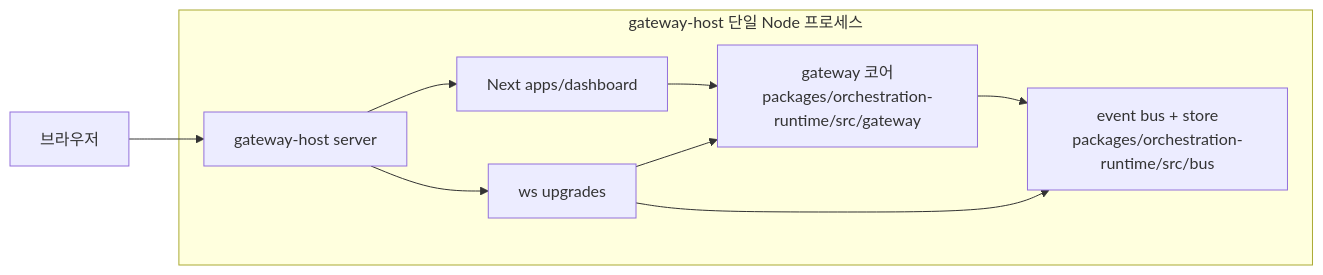
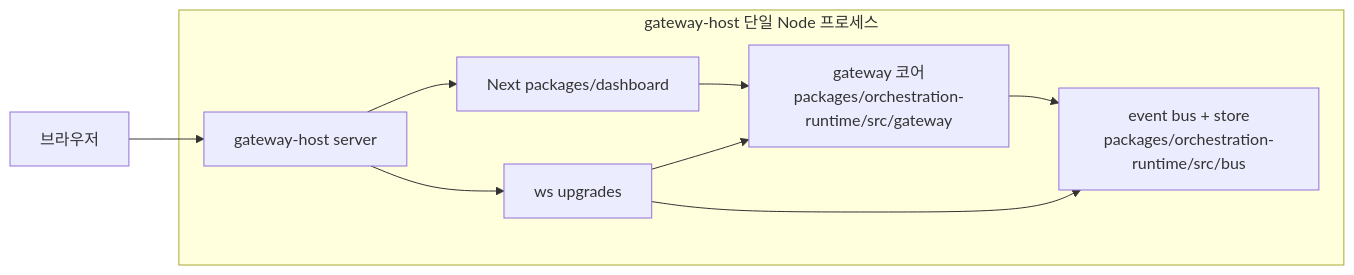
Before and after one commit to sdadaniel/orchestation: the diagram in docs/architecture/gateway-unified-architecture-plan.md, drawn with Mermaid. The commit also changed other lines of this file and 221 other files, not shown here.

````diff
--- a/docs/architecture/gateway-unified-architecture-plan.md
+++ b/docs/architecture/gateway-unified-architecture-plan.md
@@ -150,17 +150,17 @@
 ```mermaid
 flowchart LR
   subgraph process [gateway-host 단일 Node 프로세스]
     GH[gateway-host server]
-    Next[Next apps/dashboard]
+    Next[Next packages/dashboard]
     WS[ws upgrades]
     GW[gateway 코어<br/>packages/orchestration-runtime/src/gateway]
     Bus[event bus + store<br/>packages/orchestration-runtime/src/bus]
     GH --> Next
     GH --> WS
     Next --> GW
     WS --> GW
     GW --> Bus
     WS --> Bus
   end
   UserBrowser[브라우저] --> GH
 ```
````
